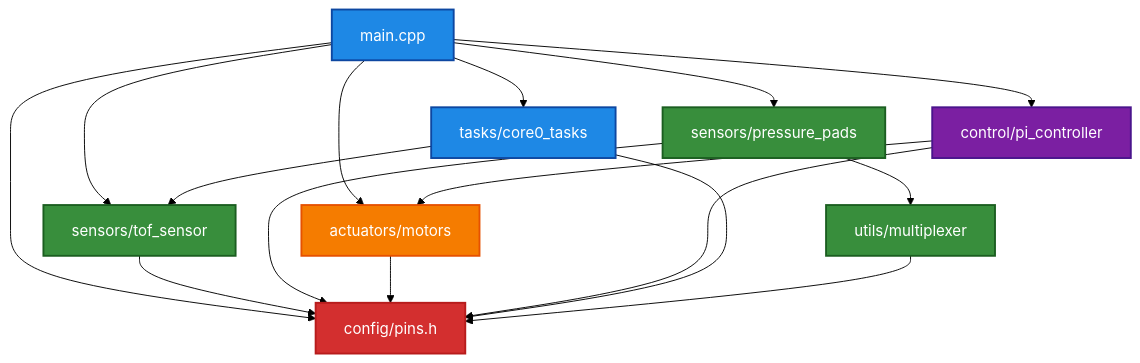
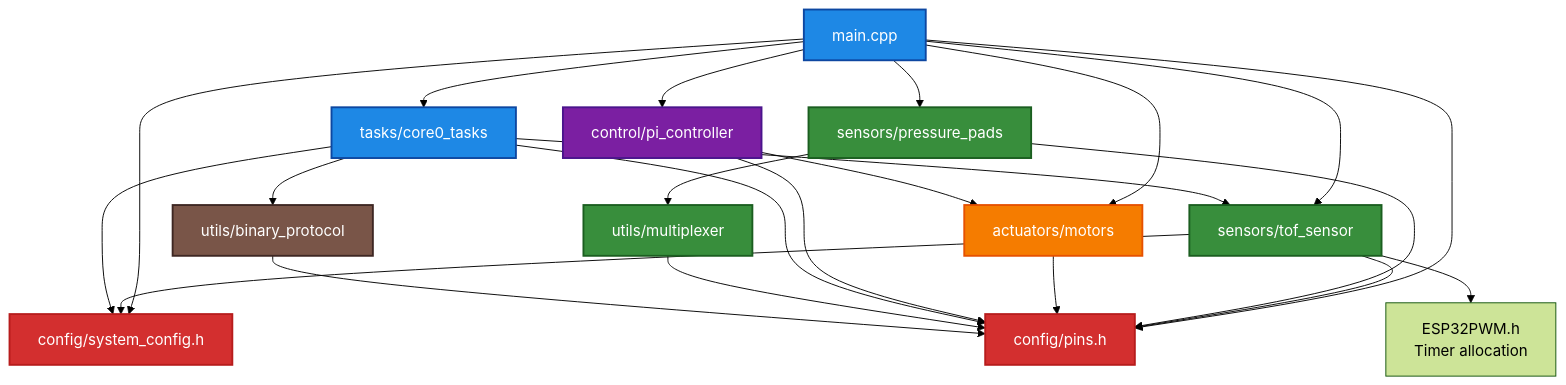
The fifth of 8 diagrams in docs/architecture.md (raseone19/ME-410), drawn with Mermaid (forest theme) before and after one commit. The commit also changed other lines of this file and 12 other files, not shown here.

````diff
--- a/docs/architecture.md
+++ b/docs/architecture.md
@@ -218,28 +254,36 @@
 ```mermaid
 graph TD
-    Main[main.cpp] --> Pins[config/pins.h]
+    Main[main.cpp] --> Config[config/system_config.h]
+    Main --> Pins[config/pins.h]
     Main --> TOF[sensors/tof_sensor]
     Main --> PP[sensors/pressure_pads]
     Main --> Motors[actuators/motors]
     Main --> PI[control/pi_controller]
     Main --> Tasks[tasks/core0_tasks]
 
     TOF --> Pins
+    TOF --> Config
+    TOF --> ESP32PWM[ESP32PWM.h<br/>Timer allocation]
     PP --> Pins
     PP --> MUX[utils/multiplexer]
     Motors --> Pins
     PI --> Pins
     PI --> Motors
     Tasks --> Pins
+    Tasks --> Config
     Tasks --> TOF
+    Tasks --> BinProto[utils/binary_protocol]
     MUX --> Pins
+    BinProto --> Pins
 
     style Main fill:#1e88e5,stroke:#0d47a1,stroke-width:2px,color:#fff
+    style Config fill:#d32f2f,stroke:#b71c1c,stroke-width:2px,color:#fff
     style Pins fill:#d32f2f,stroke:#b71c1c,stroke-width:2px,color:#fff
     style TOF fill:#388e3c,stroke:#1b5e20,stroke-width:2px,color:#fff
     style PP fill:#388e3c,stroke:#1b5e20,stroke-width:2px,color:#fff
     style Motors fill:#f57c00,stroke:#e65100,stroke-width:2px,color:#fff
     style PI fill:#7b1fa2,stroke:#4a148c,stroke-width:2px,color:#fff
     style Tasks fill:#1e88e5,stroke:#0d47a1,stroke-width:2px,color:#fff
     style MUX fill:#388e3c,stroke:#1b5e20,stroke-width:2px,color:#fff
+    style BinProto fill:#795548,stroke:#3e2723,stroke-width:2px,color:#fff
 ```
````
